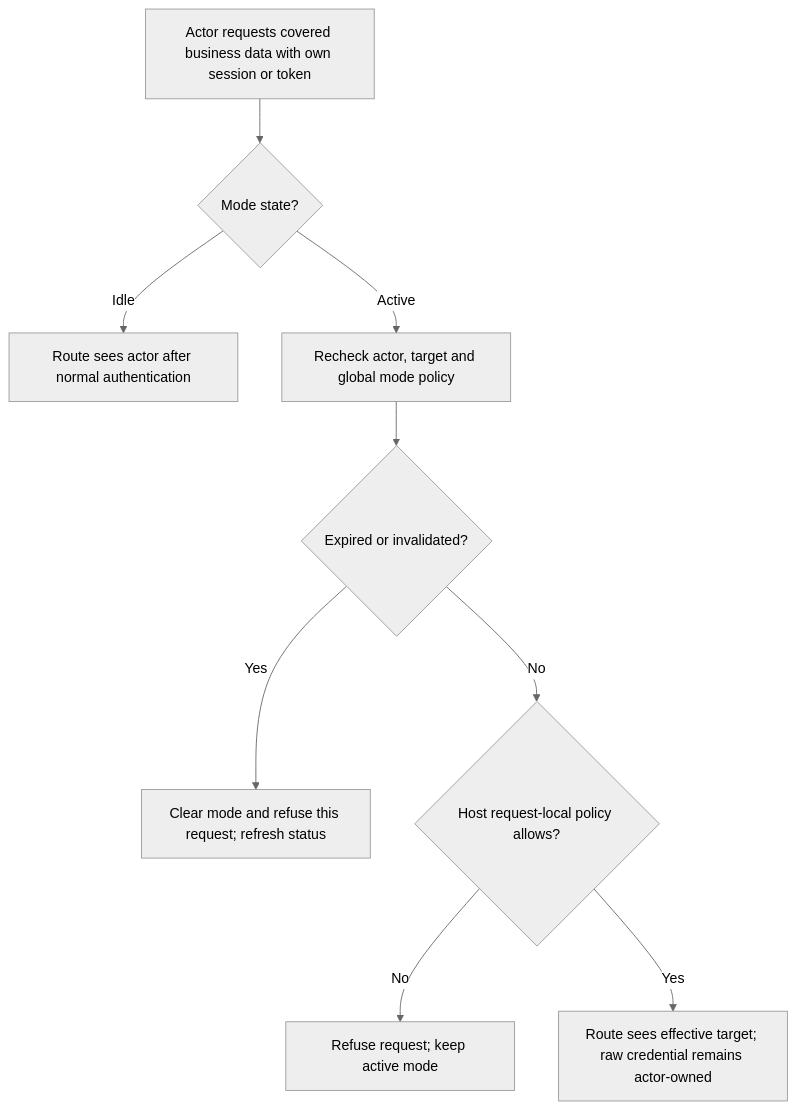
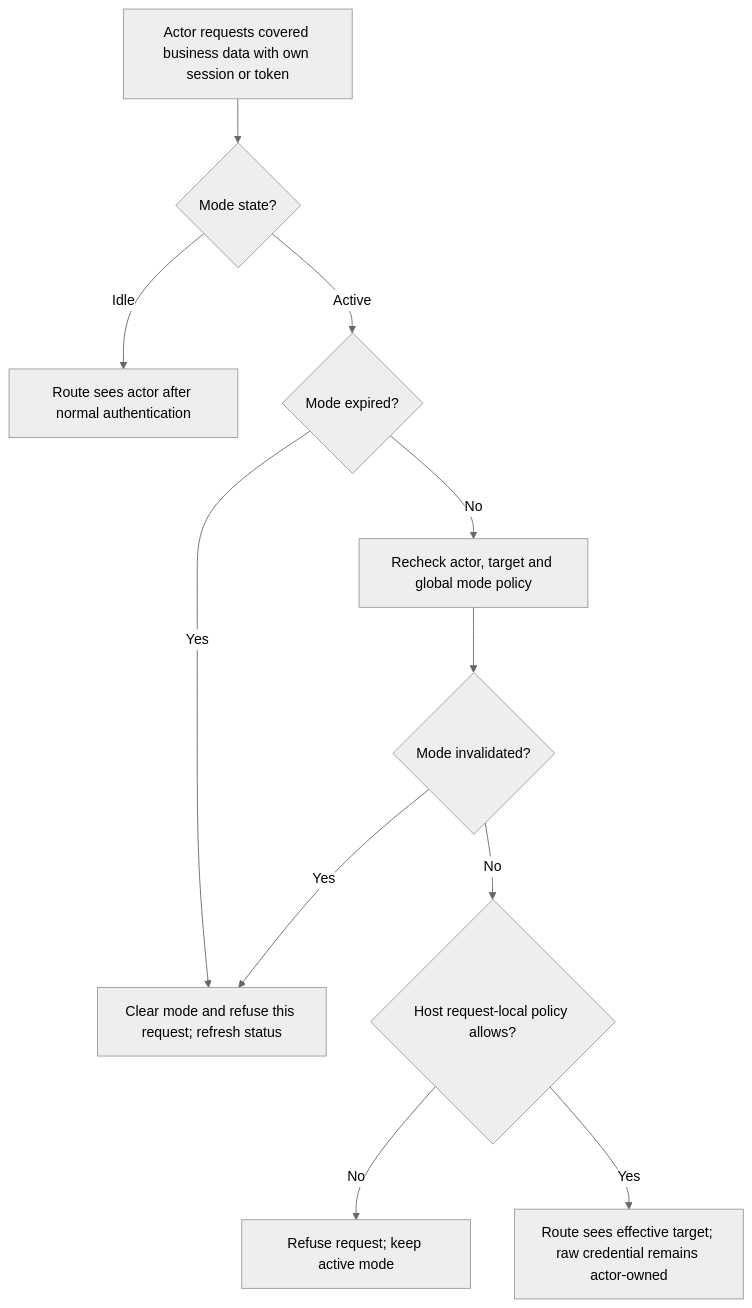
One commit to Kevinjohn/oss-adonisjs-masquerade changed the first of 2 diagrams in user-stories/view-effective-account/us-actor-02-view-effective-account.md. Above: the diagram before and after it, drawn with Mermaid (neutral theme). The commit also changed 1 other file, not shown here.

Commit message:
Correct source-backed user story flow details

````diff
--- a/user-stories/view-effective-account/us-actor-02-view-effective-account.md
+++ b/user-stories/view-effective-account/us-actor-02-view-effective-account.md
@@ -24,11 +24,13 @@
 ```mermaid
 flowchart TD
     A["Actor requests covered business data with own session or token"] --> B{"Mode state?"}
     B -->|Idle| C["Route sees actor after normal authentication"]
-    B -->|Active| D["Recheck actor, target and global mode policy"]
-    D --> E{"Expired or invalidated?"}
+    B -->|Active| E{"Mode expired?"}
     E -->|Yes| F["Clear mode and refuse this request; refresh status"]
-    E -->|No| G{"Host request-local policy allows?"}
+    E -->|No| D["Recheck actor, target and global mode policy"]
+    D --> V{"Mode invalidated?"}
+    V -->|Yes| F
+    V -->|No| G{"Host request-local policy allows?"}
     G -->|No| H["Refuse request; keep active mode"]
     G -->|Yes| I["Route sees effective target; raw credential remains actor-owned"]
 ```
````
